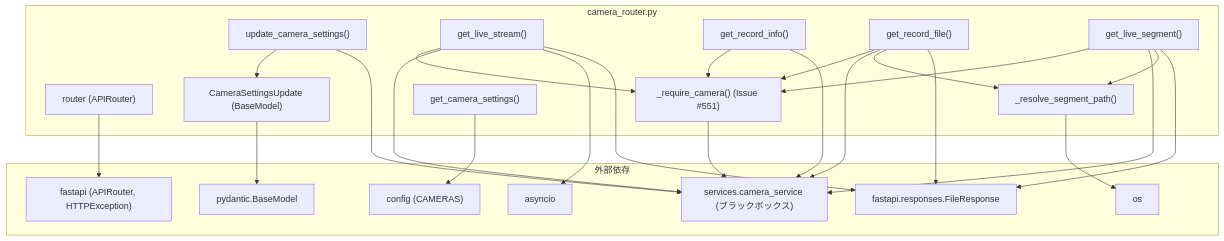
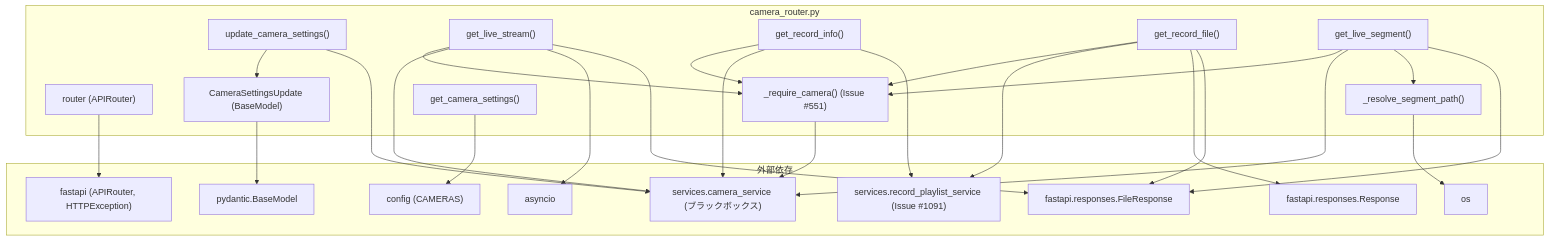
One commit to mmtigers/my_python_project changed the second of 2 diagrams in docs/specifications/MY_HOME_SYSTEM/camera_router.md. Above: the diagram before and after it, drawn with Mermaid. The commit also changed other lines of this file and 25 other files, not shown here.

````diff
--- a/docs/specifications/MY_HOME_SYSTEM/camera_router.md
+++ b/docs/specifications/MY_HOME_SYSTEM/camera_router.md
@@ -285,47 +244,50 @@
 ```mermaid
 graph TD
     subgraph "camera_router.py"
         router["router (APIRouter)"]
         CameraSettingsUpdate["CameraSettingsUpdate (BaseModel)"]
         require_camera["_require_camera() (Issue #551)"]
         resolve_segment_path["_resolve_segment_path()"]
         get_camera_settings["get_camera_settings()"]
         update_camera_settings["update_camera_settings()"]
         get_live_stream["get_live_stream()"]
         get_record_info["get_record_info()"]
         get_record_file["get_record_file()"]
         get_live_segment["get_live_segment()"]
     end
 
     subgraph "外部依存"
         fastapi["fastapi (APIRouter, HTTPException)"]
         fastapi_responses["fastapi.responses.FileResponse"]
         pydantic_mod["pydantic.BaseModel"]
         os_mod["os"]
         asyncio_mod["asyncio"]
         config["config (CAMERAS)"]
         camera_service["services.camera_service (ブラックボックス)"]
+        record_playlist_service["services.record_playlist_service (Issue #1091)"]
+        fastapi_response["fastapi.responses.Response"]
     end
 
     router --> fastapi
     CameraSettingsUpdate --> pydantic_mod
     update_camera_settings --> CameraSettingsUpdate
     update_camera_settings --> camera_service
     get_camera_settings --> config
     require_camera --> camera_service
     get_live_stream --> require_camera
     get_live_stream --> camera_service
     get_live_stream --> asyncio_mod
     get_live_stream --> fastapi_responses
     get_record_info --> require_camera
     get_record_info --> camera_service
+    get_record_info --> record_playlist_service
     get_record_file --> require_camera
-    get_record_file --> camera_service
-    get_record_file --> resolve_segment_path
+    get_record_file --> record_playlist_service
+    get_record_file --> fastapi_response
     get_record_file --> fastapi_responses
     get_live_segment --> require_camera
     get_live_segment --> camera_service
     get_live_segment --> resolve_segment_path
     get_live_segment --> fastapi_responses
     resolve_segment_path --> os_mod
 ```
````
